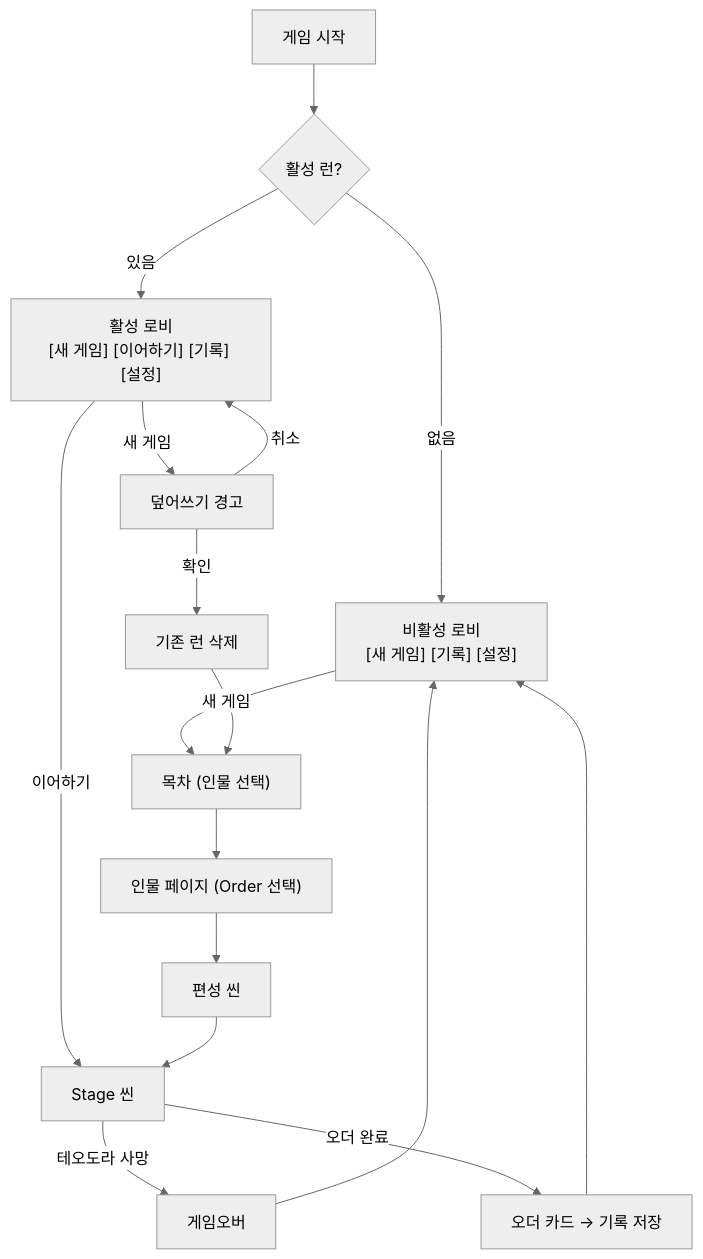
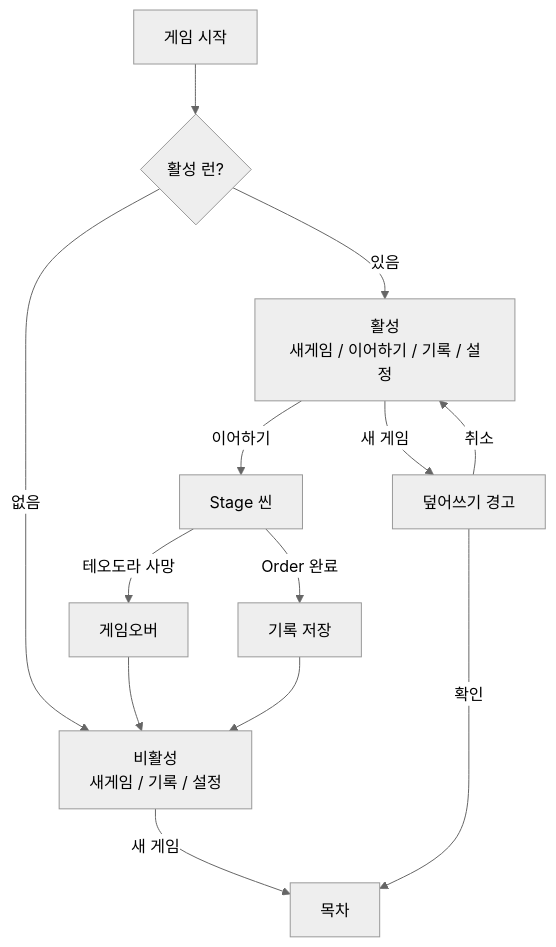
One commit to roam1215-beep/Chronicle-wiki changed the diagram in 04_메타/로비.md. Above: the diagram before and after it, drawn with Mermaid (neutral theme). The commit also changed other lines of this file and 5 other files, not shown here.

````diff
--- a/04_메타/로비.md
+++ b/04_메타/로비.md
@@ -58,19 +57,15 @@
 ```mermaid
 flowchart TD
     START["게임 시작"] --> CHECK{"활성 런?"}
-    CHECK -->|없음| INACTIVE["비활성 로비\n[새 게임] [기록] [설정]"]
-    CHECK -->|있음| ACTIVE["활성 로비\n[새 게임] [이어하기] [기록] [설정]"]
-    
-    INACTIVE -->|새 게임| TOC["목차 (인물 선택)"]
+    CHECK -->|없음| INACTIVE["비활성<br>새게임 / 기록 / 설정"]
+    CHECK -->|있음| ACTIVE["활성<br>새게임 / 이어하기 / 기록 / 설정"]
+
+    INACTIVE -->|새 게임| TOC["목차"]
     ACTIVE -->|이어하기| STAGE["Stage 씬"]
     ACTIVE -->|새 게임| WARN["덮어쓰기 경고"]
-    WARN -->|확인| DEL["기존 런 삭제"] --> TOC
+    WARN -->|확인| TOC
     WARN -->|취소| ACTIVE
-    
-    TOC --> CHARPAGE["인물 페이지 (Order 선택)"]
-    CHARPAGE --> FORMATION["편성 씬"]
-    FORMATION --> STAGE
-    
+
     STAGE -->|테오도라 사망| GAMEOVER["게임오버"] --> INACTIVE
-    STAGE -->|오더 완료| RECORD["오더 카드 → 기록 저장"] --> INACTIVE
+    STAGE -->|Order 완료| RECORD["기록 저장"] --> INACTIVE
 ```
````
